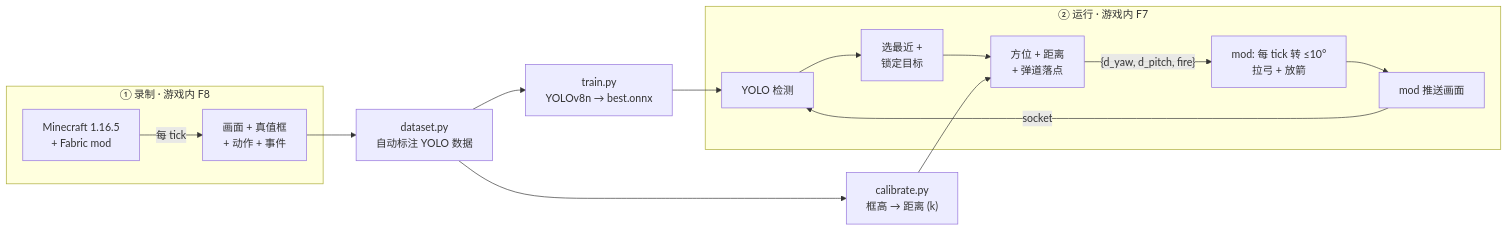
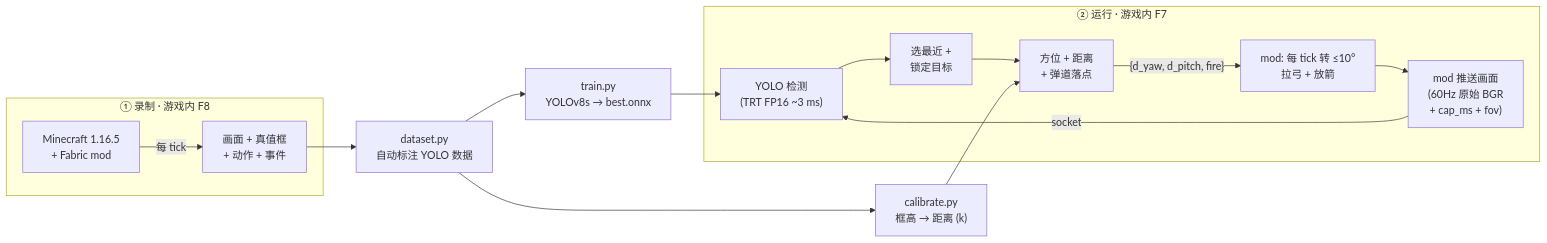
The second of 2 diagrams in README.md (BotKnqP/Minecraft-aimassist-demo), drawn with Mermaid before and after one commit. The commit also changed other lines of this file, not shown here.

First line of the commit message:
README: bring up to v0.7.x — async pipeline, TRT EP, FOV protocol, F6 res-cycle, 50 tests

````diff
--- a/README.md
+++ b/README.md
@@ -167,18 +180,18 @@
 ```mermaid
 flowchart LR
   subgraph REC["① 录制  ·  游戏内 F8"]
     A["Minecraft 1.16.5<br/>+ Fabric mod"] -->|每 tick| B["画面 + 真值框<br/>+ 动作 + 事件"]
   end
   B --> C["dataset.py<br/>自动标注 YOLO 数据"]
-  C --> D["train.py<br/>YOLOv8n → best.onnx"]
+  C --> D["train.py<br/>YOLOv8s → best.onnx"]
   C --> E["calibrate.py<br/>框高 → 距离 (k)"]
   subgraph RUN["② 运行  ·  游戏内 F7"]
-    F["mod 推送画面"] -->|socket| G["YOLO 检测"]
+    F["mod 推送画面<br/>(60Hz 原始 BGR<br/>+ cap_ms + fov)"] -->|socket| G["YOLO 检测<br/>(TRT FP16 ~3 ms)"]
     G --> H["选最近 +<br/>锁定目标"]
     H --> I["方位 + 距离<br/>+ 弹道落点"]
     I -->|"{d_yaw, d_pitch, fire}"| J["mod: 每 tick 转 ≤10°<br/>拉弓 + 放箭"]
     J --> F
   end
   D --> G
   E --> I
 ```
````
